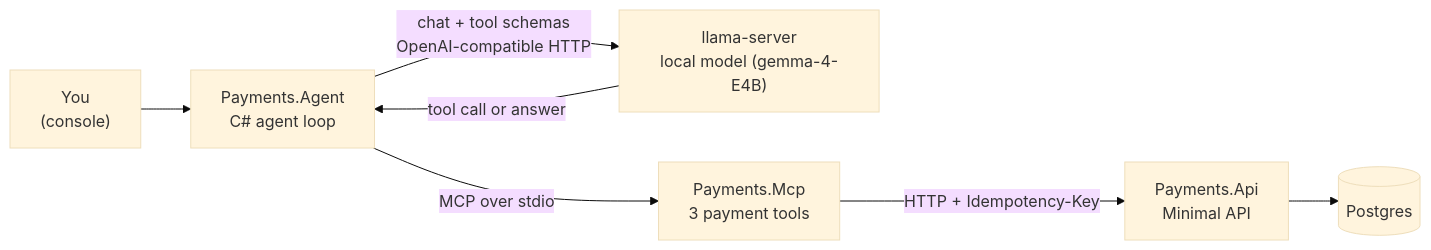
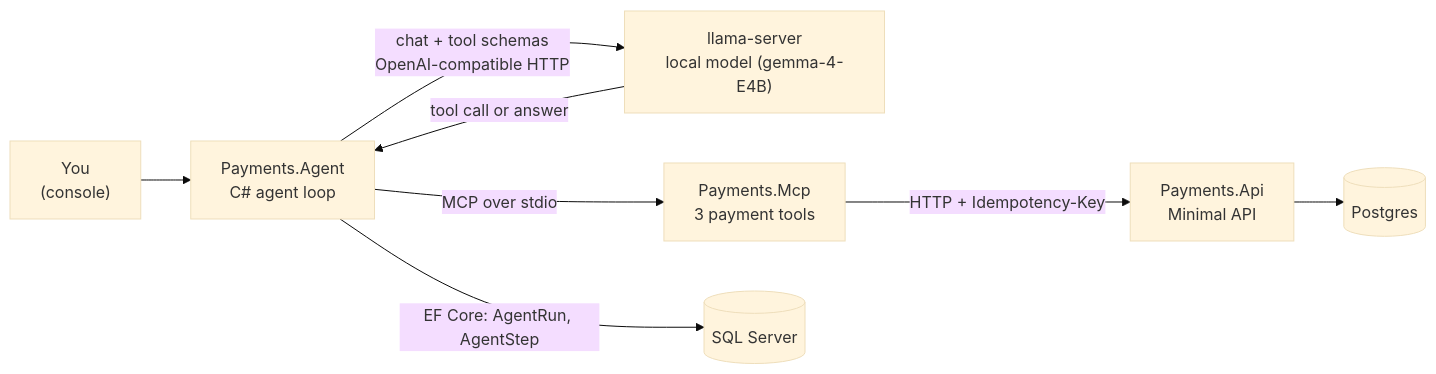
The first of 2 diagrams in docs/plan/PLAN.md (BaiGanio/agent-ready-payments), drawn with Mermaid (base theme) before and after one commit. The commit also changed other lines of this file and 14 other files, not shown here.

````diff
--- a/docs/plan/PLAN.md
+++ b/docs/plan/PLAN.md
@@ -73,9 +73,10 @@
 ```mermaid
 flowchart LR
     U["You<br/>(console)"] --> A["Payments.Agent<br/>C# agent loop"]
     A -- "chat + tool schemas<br/>OpenAI-compatible HTTP" --> L["llama-server<br/>local model (gemma-4-E4B)"]
     L -- "tool call or answer" --> A
     A -- "MCP over stdio" --> M["Payments.Mcp<br/>3 payment tools"]
     M -- "HTTP + Idempotency-Key" --> API["Payments.Api<br/>Minimal API"]
     API --> DB[("Postgres")]
+    A -- "EF Core: AgentRun, AgentStep" --> SQL[("SQL Server")]
 ```
````
